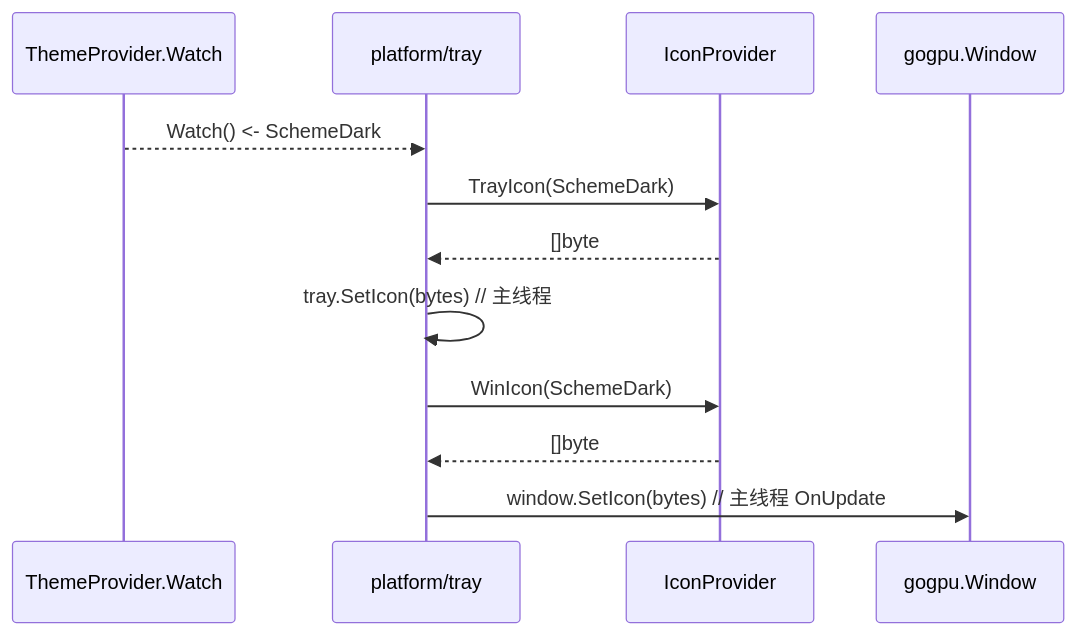
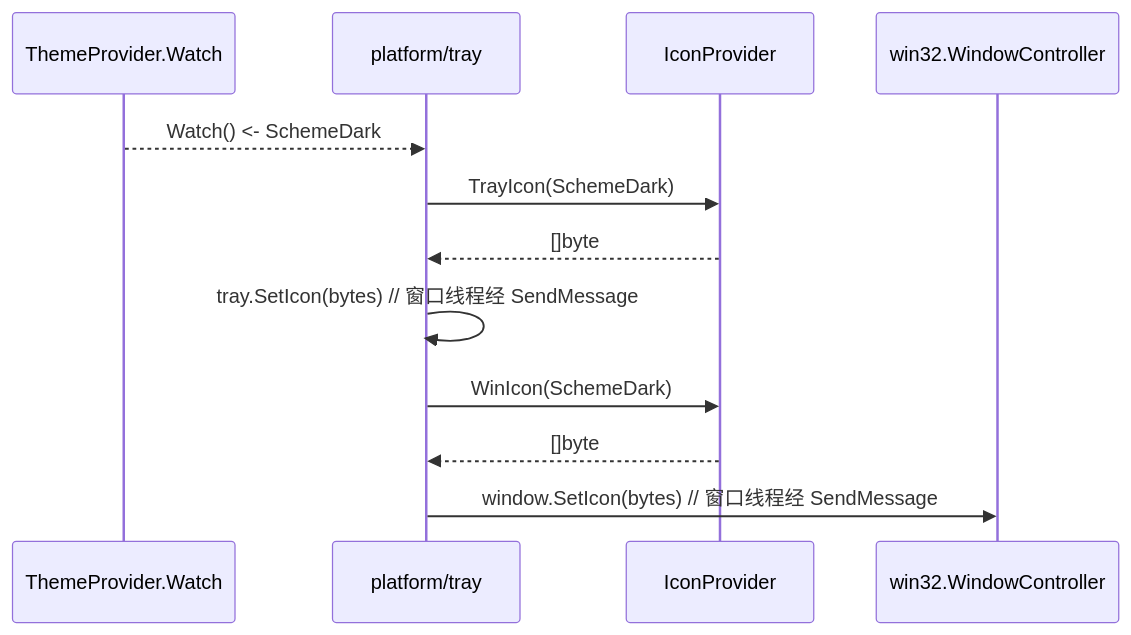
One commit to shaolei/DeskCalendar changed the third of 4 diagrams in docs/40-Theme/Icon.md. Above: the diagram before and after it, drawn with Mermaid. The commit also changed other lines of this file and 25 other files, not shown here.

````diff
--- a/docs/40-Theme/Icon.md
+++ b/docs/40-Theme/Icon.md
@@ -121,15 +121,15 @@
 ```mermaid
 sequenceDiagram
     participant TP as ThemeProvider.Watch
     participant PL as platform/tray
     participant IP as IconProvider
-    participant Win as gogpu.Window
+    participant Win as win32.WindowController
 
     TP-->>PL: Watch() <- SchemeDark
     PL->>IP: TrayIcon(SchemeDark)
     IP-->>PL: []byte
-    PL->>PL: tray.SetIcon(bytes)  // 主线程
+    PL->>PL: tray.SetIcon(bytes)  // 窗口线程经 SendMessage
     PL->>IP: WinIcon(SchemeDark)
     IP-->>PL: []byte
-    PL->>Win: window.SetIcon(bytes) // 主线程 OnUpdate
+    PL->>Win: window.SetIcon(bytes) // 窗口线程经 SendMessage
 ```
````
